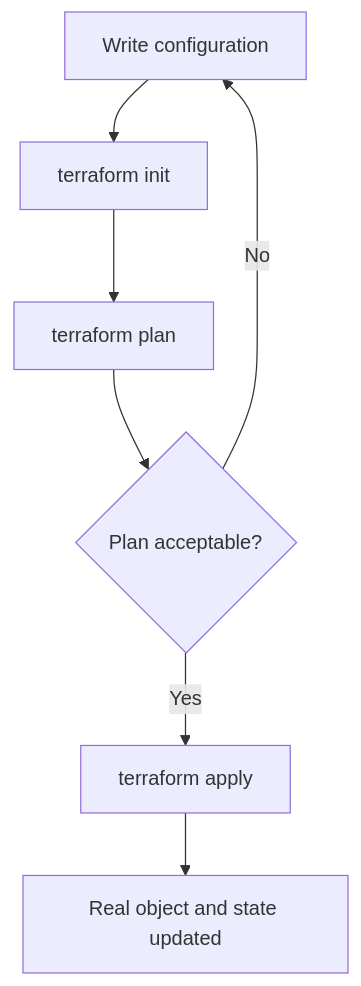
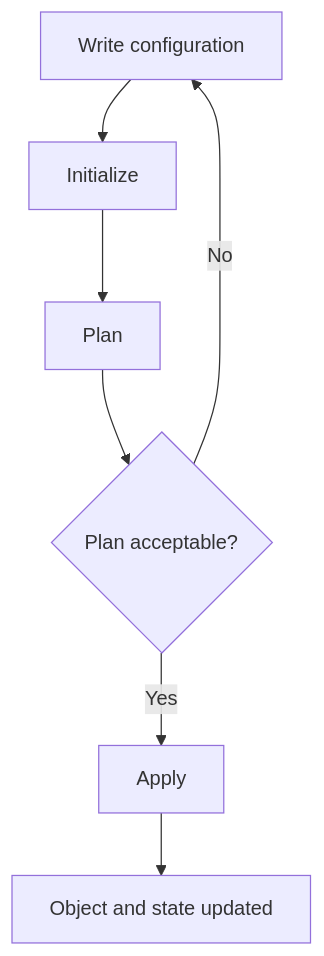
Before and after one commit to therayy/terraform-ntax: the second of 4 diagrams in README.md, drawn with Mermaid. The commit also changed other lines of this file, not shown here.

````diff
--- a/README.md
+++ b/README.md
@@ -237,9 +195,9 @@
 ```mermaid
 flowchart TD
-    A["Write configuration"] --> B["terraform init"]
-    B --> C["terraform plan"]
+    A["Write configuration"] --> B["Initialize"]
+    B --> C["Plan"]
     C --> D{"Plan acceptable?"}
     D -->|No| A
-    D -->|Yes| E["terraform apply"]
-    E --> F["Real object and state updated"]
+    D -->|Yes| E["Apply"]
+    E --> F["Object and state updated"]
 ```
````
